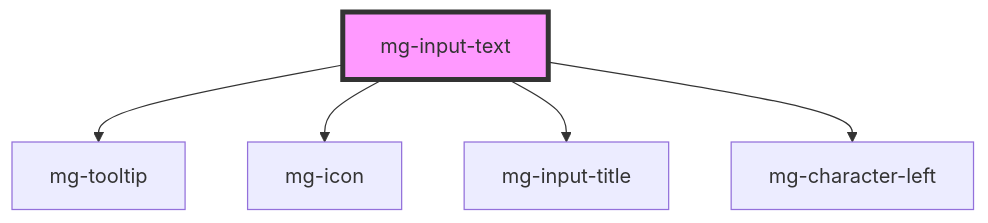
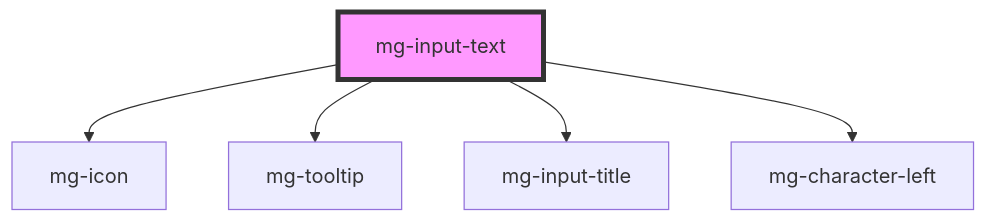
Before and after one commit to MGDIS/mg-components: the diagram in src/components/molecules/inputs/mg-input-text/readme.md, drawn with Mermaid. The commit also changed other lines of this file and 20 other files, not shown here.

First line of the commit message:
feat(mgInputSearch): add search type, append-slot and inner icon.

````diff
--- a/src/components/molecules/inputs/mg-input-text/readme.md
+++ b/src/components/molecules/inputs/mg-input-text/readme.md
@@ -48,8 +54,8 @@
 ```mermaid
 graph TD;
+  mg-input-text --> mg-icon
   mg-input-text --> mg-tooltip
-  mg-input-text --> mg-icon
   mg-input-text --> mg-input-title
   mg-input-text --> mg-character-left
   style mg-input-text fill:#f9f,stroke:#333,stroke-width:4px
 ```
````
